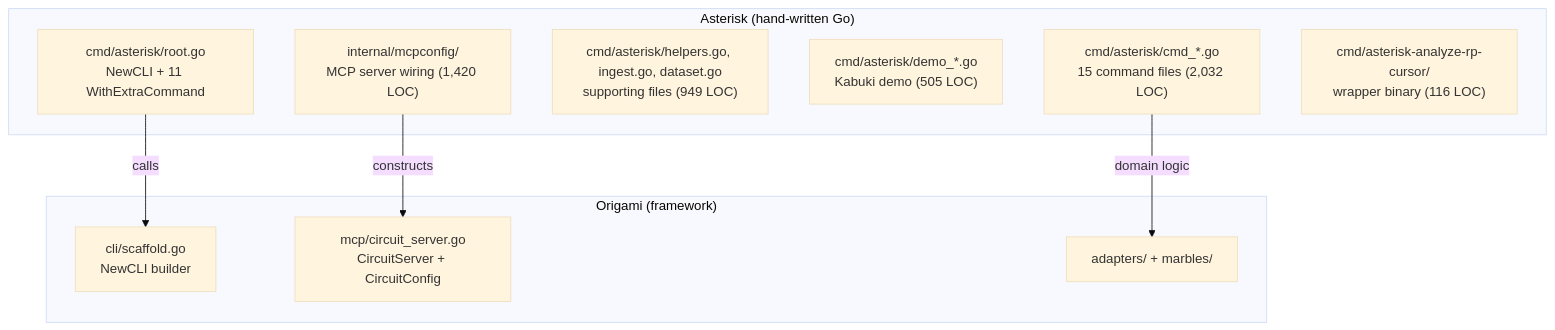
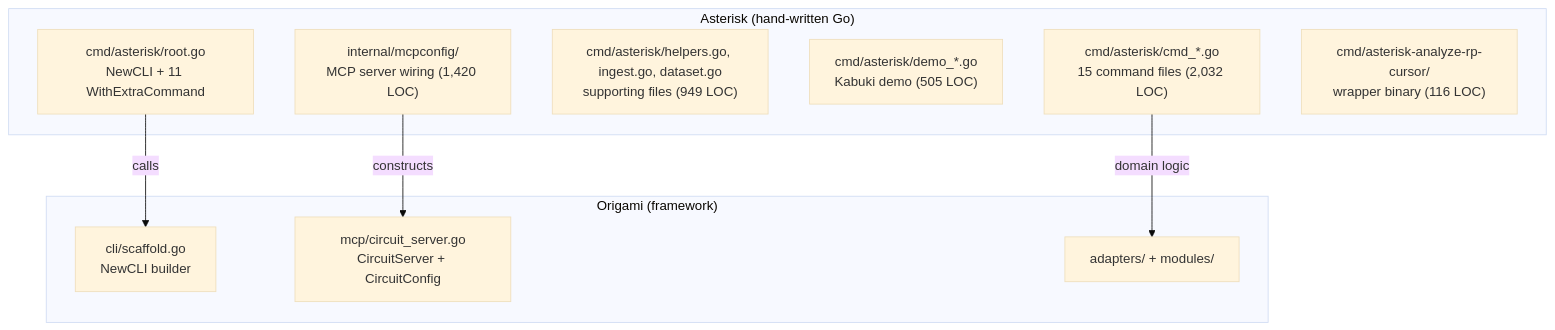
One commit to dpopsuev/asterisk changed the first of 2 diagrams in .cursor/contracts/completed/dsl-migration/origami-fold.md. Above: the diagram before and after it, drawn with Mermaid (base theme). The commit also changed other lines of this file and 9 other files, not shown here.

````diff
--- a/.cursor/contracts/completed/dsl-migration/origami-fold.md
+++ b/.cursor/contracts/completed/dsl-migration/origami-fold.md
@@ -22,19 +22,19 @@
 ```mermaid
 flowchart TB
   subgraph asterisk ["Asterisk (hand-written Go)"]
     rootGo["cmd/asterisk/root.go<br/>NewCLI + 11 WithExtraCommand"]
     cmdFiles["cmd/asterisk/cmd_*.go<br/>15 command files (2,032 LOC)"]
     helpers["cmd/asterisk/helpers.go, ingest.go, dataset.go<br/>supporting files (949 LOC)"]
     demo["cmd/asterisk/demo_*.go<br/>Kabuki demo (505 LOC)"]
     mcpconfig["internal/mcpconfig/<br/>MCP server wiring (1,420 LOC)"]
     cursor["cmd/asterisk-analyze-rp-cursor/<br/>wrapper binary (116 LOC)"]
   end
   subgraph origami ["Origami (framework)"]
     cli["cli/scaffold.go<br/>NewCLI builder"]
     mcp["mcp/circuit_server.go<br/>CircuitServer + CircuitConfig"]
-    adapters["adapters/ + marbles/"]
+    adapters["adapters/ + modules/"]
   end
   rootGo -->|"calls"| cli
   mcpconfig -->|"constructs"| mcp
   cmdFiles -->|"domain logic"| adapters
 ```
````
